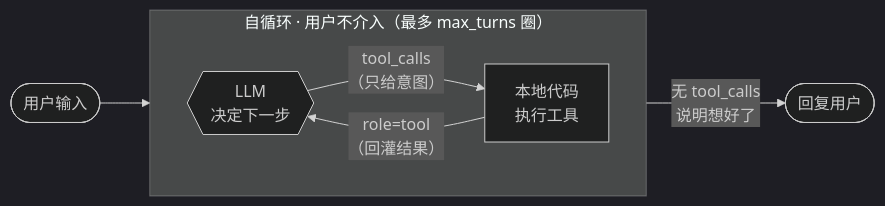
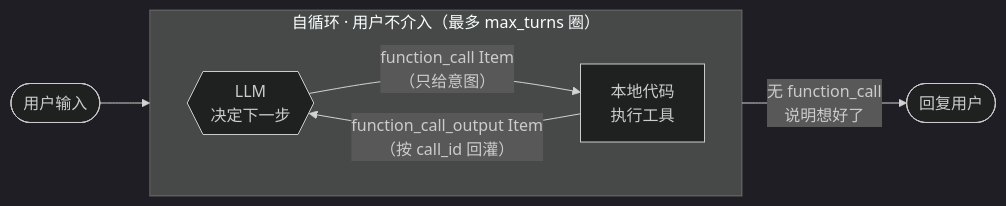
Before and after one commit to xpzero/demo-agent: the diagram in README.md, drawn with Mermaid (dark theme). The commit also changed other lines of this file and 17 other files, not shown here.

````diff
--- a/README.md
+++ b/README.md
@@ -108,12 +111,12 @@
 ```mermaid
 flowchart LR
     U([用户输入]) --> LLM
 
     subgraph agentloop["自循环 · 用户不介入（最多 max_turns 圈）"]
         direction LR
-        LLM{{"LLM<br/>决定下一步"}} -- "tool_calls<br/>（只给意图）" --> EXEC["本地代码<br/>执行工具"]
-        EXEC -- "role=tool<br/>（回灌结果）" --> LLM
+        LLM{{"LLM<br/>决定下一步"}} -- "function_call Item<br/>（只给意图）" --> EXEC["本地代码<br/>执行工具"]
+        EXEC -- "function_call_output Item<br/>（按 call_id 回灌）" --> LLM
     end
 
-    LLM -- "无 tool_calls<br/>说明想好了" --> OUT([回复用户])
+    LLM -- "无 function_call<br/>说明想好了" --> OUT([回复用户])
 ```
````
